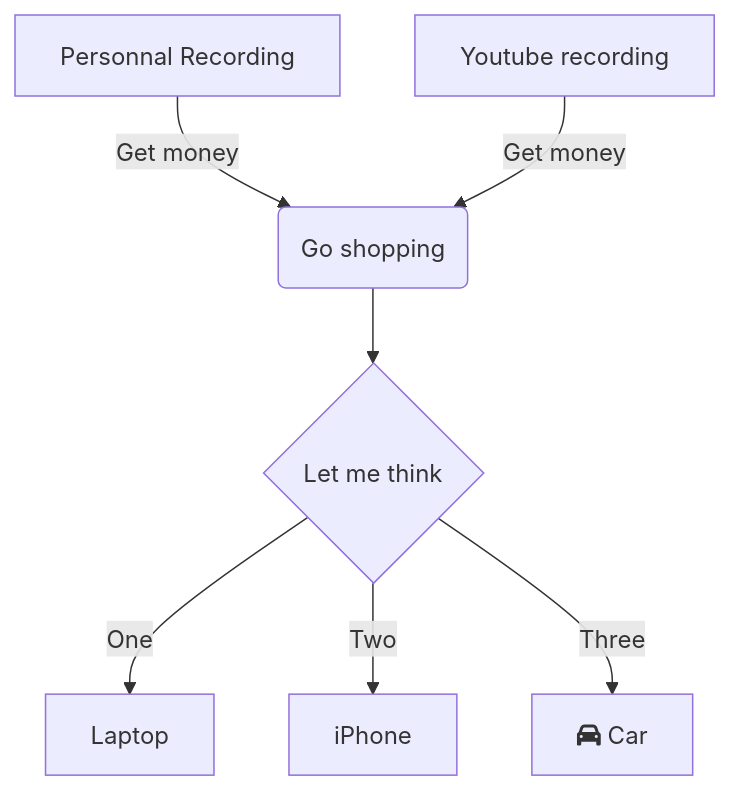
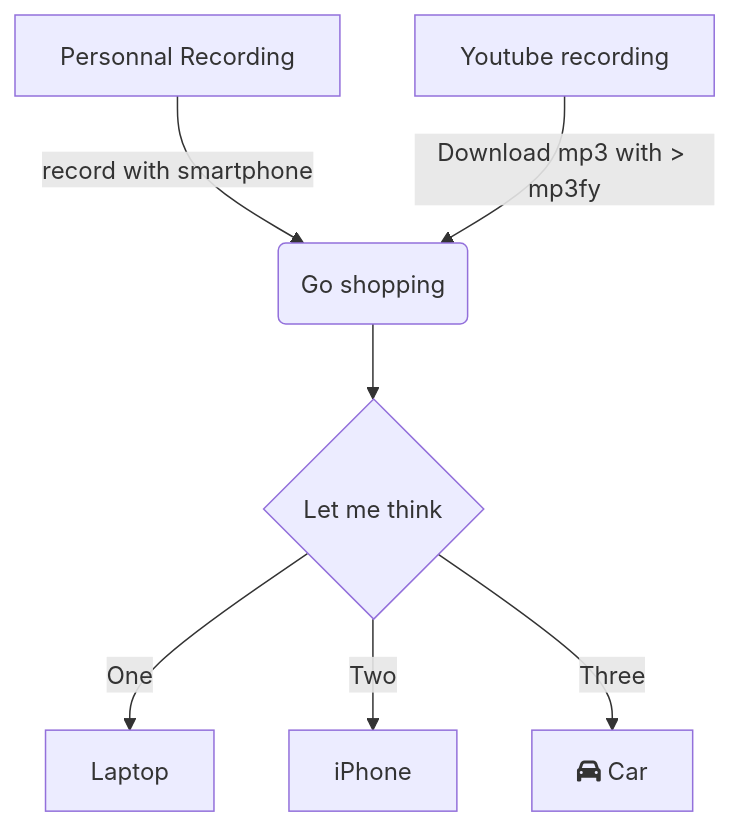
Before and after one commit to FrogBoss74/RealCatTranslator: the diagram in README.md, drawn with Mermaid. The commit also changed other lines of this file, not shown here.

Commit message:
README.md updated from https://stackedit.io/

````diff
--- a/README.md
+++ b/README.md
@@ -24,9 +24,9 @@
 ```mermaid
 graph TD
-A1[Personnal Recording] -->|Get money| B(Go shopping)
-A2[Youtube recording] -->|Get money| B(Go shopping)
+A1[Personnal Recording] -->|record with smartphone| B(Go shopping)
+A2[Youtube recording] -->|Download mp3 with > mp3fy| B(Go shopping)
 B --> C{Let me think}
 C -->|One| D[Laptop]
 C -->|Two| E[iPhone]
 C -->|Three| F[fa:fa-car Car]
 ```
````
